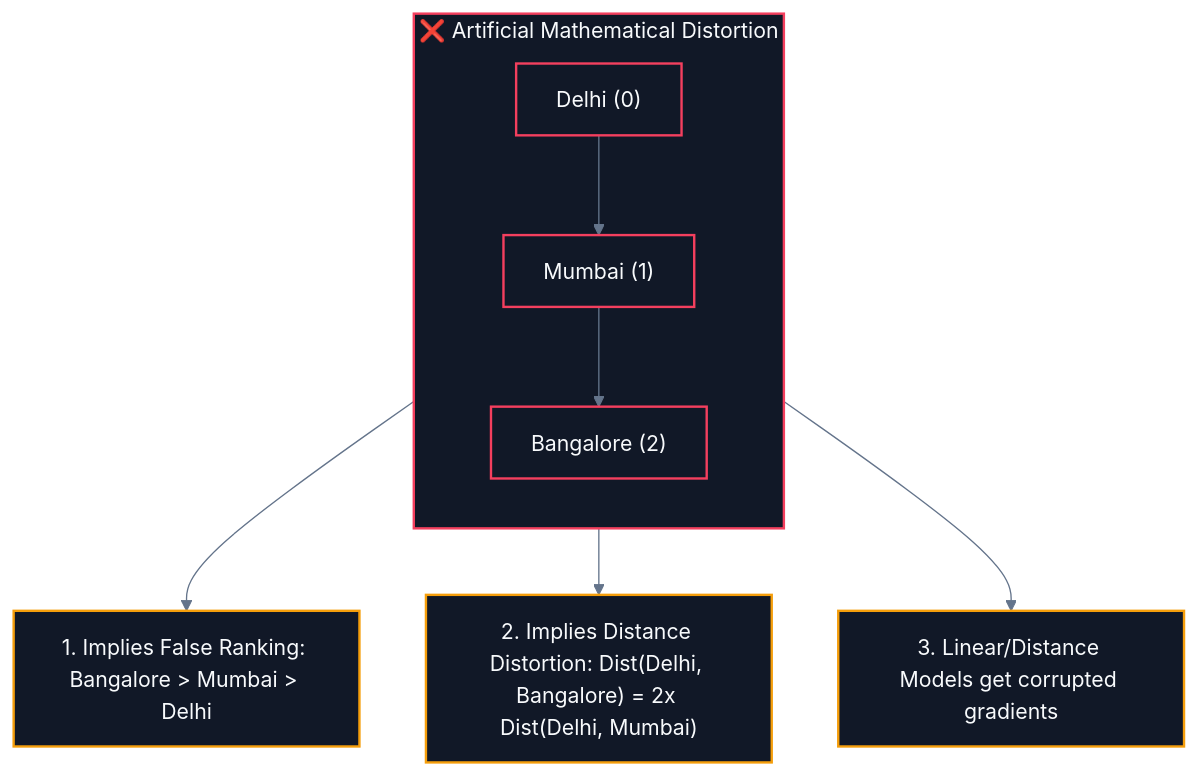
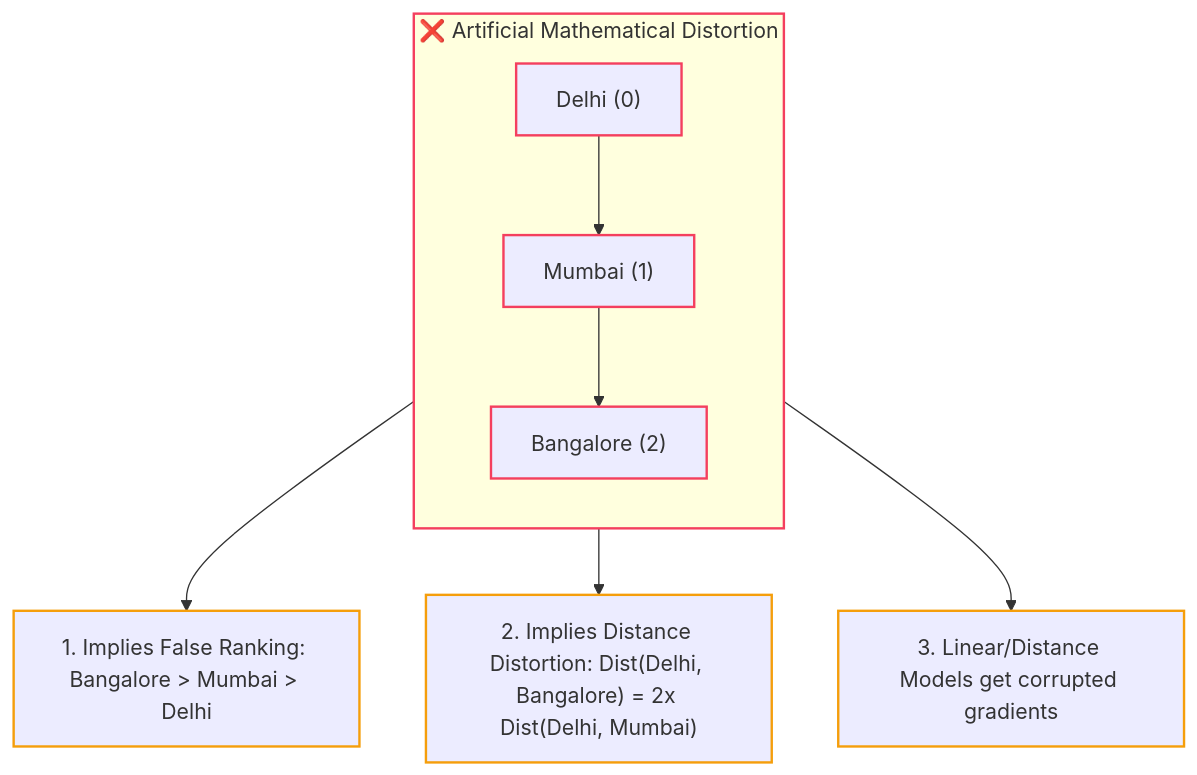
Before and after one commit to abhinavbharti2345/CS_Notes: the third of 4 diagrams in CS/AI & ML/02. Data Preprocessing/02. Categorical Encoding.md, drawn with Mermaid. The commit also changed other lines of this file and 91 other files, not shown here.

````diff
--- a/CS/AI & ML/02. Data Preprocessing/02. Categorical Encoding.md
+++ b/CS/AI & ML/02. Data Preprocessing/02. Categorical Encoding.md
@@ -104,17 +102,16 @@
 ```mermaid
-%%{init: {'theme': 'base', 'themeVariables': { 'darkMode': true, 'background': '#0B0F14', 'mainBkg': '#111827', 'primaryColor': '#111827', 'primaryTextColor': '#F8FAFC', 'primaryBorderColor': '#38BDF8', 'lineColor': '#64748B', 'secondaryColor': '#0B0F14', 'tertiaryColor': '#0B0F14', 'clusterBkg': '#0B0F14', 'clusterBorder': '#38BDF8' }}}%%
 flowchart TD
     subgraph Trap ["❌ Artificial Mathematical Distortion"]
         direction TD
         N0["Delhi (0)"] --> N1["Mumbai (1)"] --> N2["Bangalore (2)"]
     end
     
     Trap --> E1["1. Implies False Ranking: Bangalore > Mumbai > Delhi"]
     Trap --> E2["2. Implies Distance Distortion: Dist(Delhi, Bangalore) = 2x Dist(Delhi, Mumbai)"]
     Trap --> E3["3. Linear/Distance Models get corrupted gradients"]
 
-    classDef bad fill:#111827,stroke:#f43f5e,stroke-width:1.8px,color:#F8FAFC;
-    classDef desc fill:#111827,stroke:#f59e0b,stroke-width:1.8px,color:#F8FAFC;
+    classDef bad stroke:#f43f5e,stroke-width:1.8px;
+    classDef desc stroke:#f59e0b,stroke-width:1.8px;
     class N0,N1,N2,Trap bad;
     class E1,E2,E3 desc;
 ```
````
